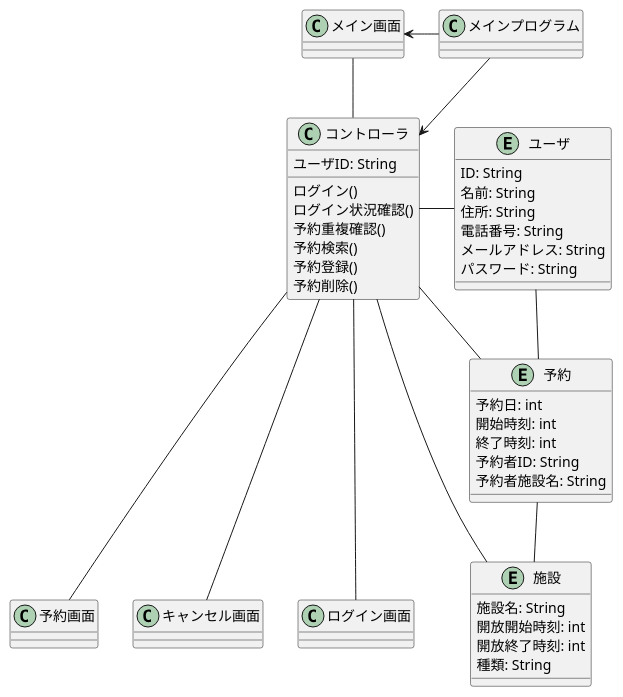
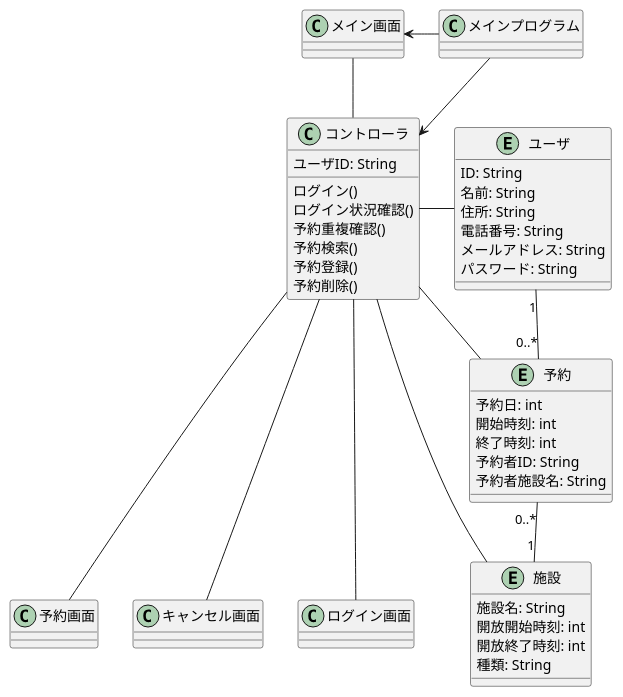
The diagram in 第10回_モデリング実習_2/提出物/class.pu (exag/information-science-practice4), drawn with PlantUML before and after one commit. The commit also changed 1 other file, not shown here.

```diff
--- a/第10回_モデリング実習_2/提出物/class.pu
+++ b/第10回_モデリング実習_2/提出物/class.pu
@@ -1,58 +1,58 @@
 @startuml 設計レベルのクラス図
 
 class メインプログラム
 Entity ユーザ {
   ID: String
   名前: String
   住所: String
   電話番号: String
   メールアドレス: String
   パスワード: String
 }
 Entity 予約 {
   予約日: int
   開始時刻: int
   終了時刻: int
   予約者ID: String
   予約者施設名: String
 
 }
 Entity 施設 {
   施設名: String
   開放開始時刻: int
   開放終了時刻: int
   種類: String
 }
 class メイン画面
 class 予約画面
 class キャンセル画面
 class ログイン画面
 class コントローラ {
   ユーザID: String
   ログイン()
   ログイン状況確認()
   予約重複確認()
   予約検索()
   予約登録()
   予約削除()
 }
 
 メインプログラム --> コントローラ
 メインプログラム -l-> メイン画面
 
 メインプログラム -[hidden]right-> ユーザ
 
 コントローラ --right- 予約
 コントローラ --right- ユーザ
 コントローラ --right- 施設
 
 コントローラ -left- メイン画面
 
 コントローラ --- 予約画面
 コントローラ --- キャンセル画面
 コントローラ --- ログイン画面
 
-予約 -up- ユーザ
-予約 -down- 施設
+予約 "0..*" -up- "1" ユーザ
+予約 "0..*" -down- "1" 施設
 
 @enduml
```
